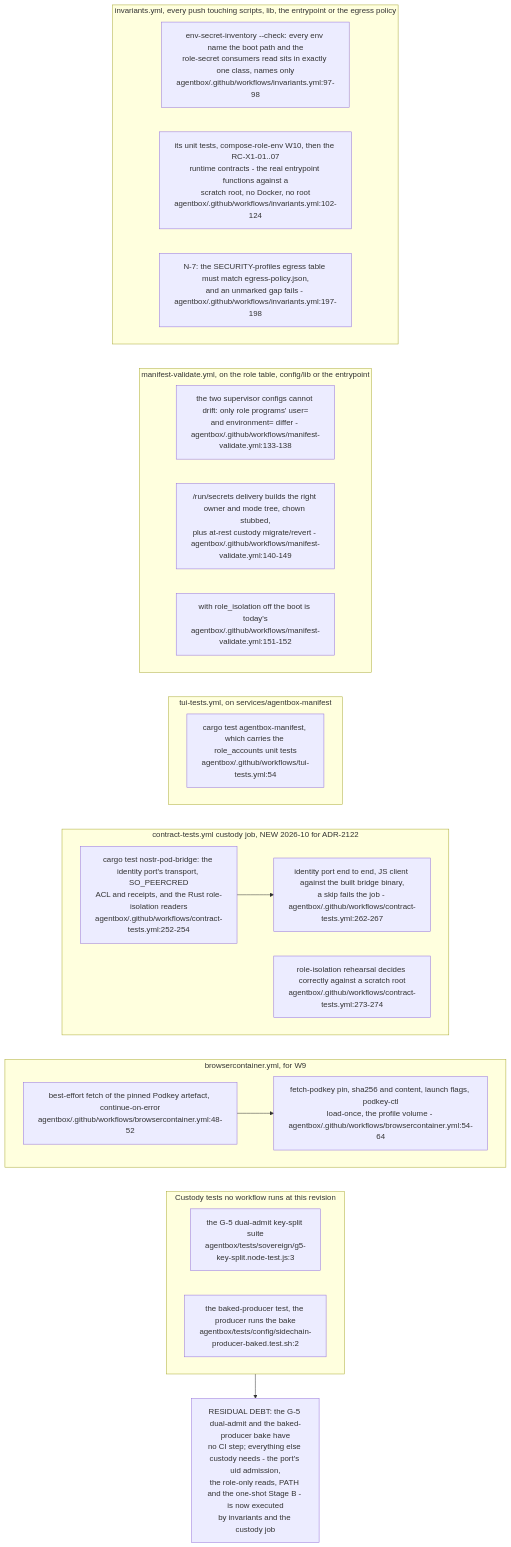
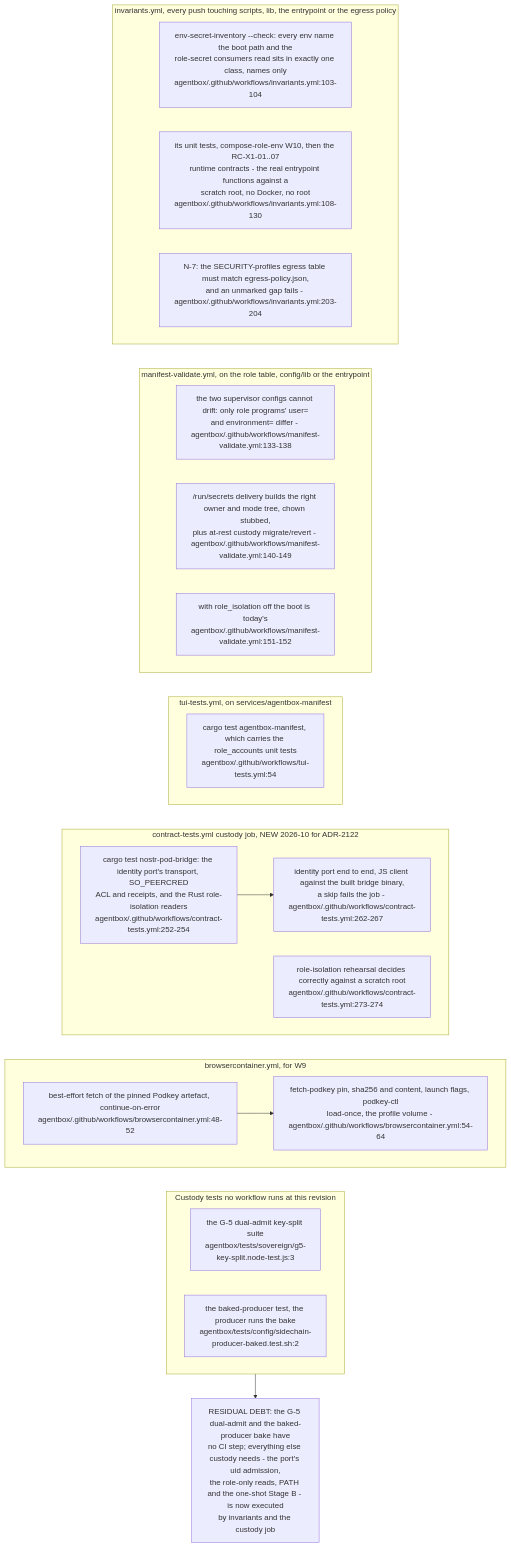
One commit to DreamLab-AI/VisionFlow changed diagram 24 of 24 in docs/diagrams/estate/09-build-deploy-and-ci-estate.md. Above: the diagram before and after it, drawn with Mermaid. The commit also changed other lines of this file and 160 other files, not shown here.

````diff
--- a/docs/diagrams/estate/09-build-deploy-and-ci-estate.md
+++ b/docs/diagrams/estate/09-build-deploy-and-ci-estate.md
@@ -818,37 +831,37 @@
 ```mermaid
 flowchart TB
     subgraph INV["invariants.yml, every push touching scripts, lib, the entrypoint or the egress policy"]
-        I1["env-secret-inventory --check: every env name the boot path and the<br/>role-secret consumers read sits in exactly one class, names only<br/>agentbox/.github/workflows/invariants.yml:97-98"]
-        I2["its unit tests, compose-role-env W10, then the RC-X1-01..07<br/>runtime contracts - the real entrypoint functions against a<br/>scratch root, no Docker, no root<br/>agentbox/.github/workflows/invariants.yml:102-124"]
-        I3["N-7: the SECURITY-profiles egress table must match egress-policy.json,<br/>and an unmarked gap fails - agentbox/.github/workflows/invariants.yml:197-198"]
+        I1["env-secret-inventory --check: every env name the boot path and the<br/>role-secret consumers read sits in exactly one class, names only<br/>agentbox/.github/workflows/invariants.yml:103-104"]
+        I2["its unit tests, compose-role-env W10, then the RC-X1-01..07<br/>runtime contracts - the real entrypoint functions against a<br/>scratch root, no Docker, no root<br/>agentbox/.github/workflows/invariants.yml:108-130"]
+        I3["N-7: the SECURITY-profiles egress table must match egress-policy.json,<br/>and an unmarked gap fails - agentbox/.github/workflows/invariants.yml:203-204"]
     end
     subgraph MV["manifest-validate.yml, on the role table, config/lib or the entrypoint"]
         M1["the two supervisor configs cannot drift: only role programs' user=<br/>and environment= differ - agentbox/.github/workflows/manifest-validate.yml:133-138"]
         M2["/run/secrets delivery builds the right owner and mode tree, chown stubbed,<br/>plus at-rest custody migrate/revert - agentbox/.github/workflows/manifest-validate.yml:140-149"]
         M3["with role_isolation off the boot is today's<br/>agentbox/.github/workflows/manifest-validate.yml:151-152"]
     end
     subgraph TUI["tui-tests.yml, on services/agentbox-manifest"]
         T1["cargo test agentbox-manifest, which carries the role_accounts unit tests<br/>agentbox/.github/workflows/tui-tests.yml:54"]
     end
     subgraph CT["contract-tests.yml custody job, NEW 2026-10 for ADR-2122"]
         C1["cargo test nostr-pod-bridge: the identity port's transport, SO_PEERCRED<br/>ACL and receipts, and the Rust role-isolation readers<br/>agentbox/.github/workflows/contract-tests.yml:252-254"]
         C2["identity port end to end, JS client against the built bridge binary,<br/>a skip fails the job - agentbox/.github/workflows/contract-tests.yml:262-267"]
         C3["role-isolation rehearsal decides correctly against a scratch root<br/>agentbox/.github/workflows/contract-tests.yml:273-274"]
         C1 --> C2
     end
     subgraph BC["browsercontainer.yml, for W9"]
         B1["best-effort fetch of the pinned Podkey artefact, continue-on-error<br/>agentbox/.github/workflows/browsercontainer.yml:48-52"]
         B2["fetch-podkey pin, sha256 and content, launch flags, podkey-ctl<br/>load-once, the profile volume - agentbox/.github/workflows/browsercontainer.yml:54-64"]
         B1 --> B2
     end
     subgraph NONE["Custody tests no workflow runs at this revision"]
         N1["the G-5 dual-admit key-split suite<br/>agentbox/tests/sovereign/g5-key-split.node-test.js:3"]
         N2["the baked-producer test, the producer runs the bake<br/>agentbox/tests/config/sidechain-producer-baked.test.sh:2"]
     end
     INV ~~~ MV
     MV ~~~ TUI
     TUI ~~~ CT
     CT ~~~ BC
     BC ~~~ NONE
     NONE --> D["RESIDUAL DEBT: the G-5 dual-admit and the baked-producer bake have<br/>no CI step; everything else custody needs - the port's uid admission,<br/>the role-only reads, PATH and the one-shot Stage B - is now executed<br/>by invariants and the custody job"]
 ```
````
